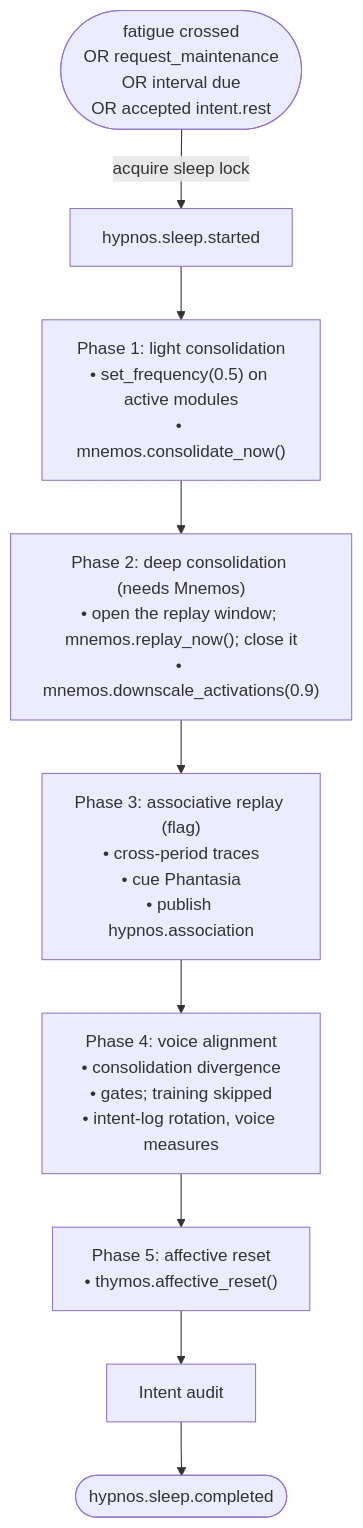
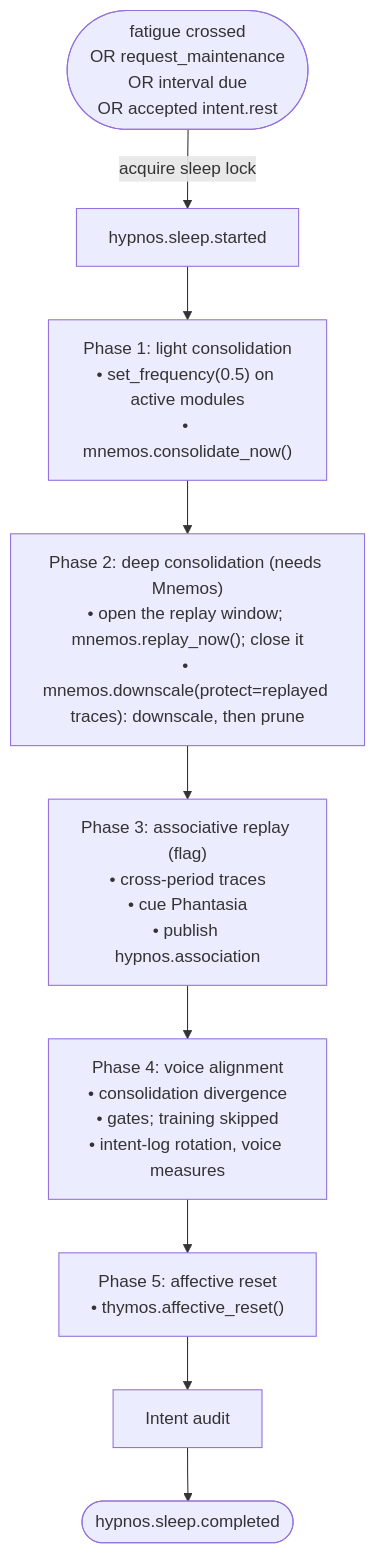
Before and after one commit to kaineone/kaine: the diagram in docs/09-modules/hypnos.md, drawn with Mermaid. The commit also changed other lines of this file and 57 other files, not shown here.

First line of the commit message:
Mnemos traces carry a strength; sleep downscales and prunes; recall by strength times similarity (paper A.10) (#476)

````diff
--- a/docs/09-modules/hypnos.md
+++ b/docs/09-modules/hypnos.md
@@ -46,16 +46,16 @@
 ```mermaid
 flowchart TD
     S([fatigue crossed\nOR request_maintenance\nOR interval due\nOR accepted intent.rest]) -->|acquire sleep lock| ST[hypnos.sleep.started]
     ST --> P1
     P1["Phase 1: light consolidation\n• set_frequency(0.5) on active modules\n• mnemos.consolidate_now()"]
     P1 --> P2
-    P2["Phase 2: deep consolidation (needs Mnemos)\n• open the replay window; mnemos.replay_now(); close it\n• mnemos.downscale_activations(0.9)"]
+    P2["Phase 2: deep consolidation (needs Mnemos)\n• open the replay window; mnemos.replay_now(); close it\n• mnemos.downscale(protect=replayed traces): downscale, then prune"]
     P2 --> P3
     P3["Phase 3: associative replay (flag)\n• cross-period traces\n• cue Phantasia\n• publish hypnos.association"]
     P3 --> P4
     P4["Phase 4: voice alignment\n• consolidation divergence\n• gates; training skipped\n• intent-log rotation, voice measures"]
     P4 --> P5
     P5["Phase 5: affective reset\n• thymos.affective_reset()"]
     P5 --> R[Intent audit]
     R --> E([hypnos.sleep.completed])
 ```
````
